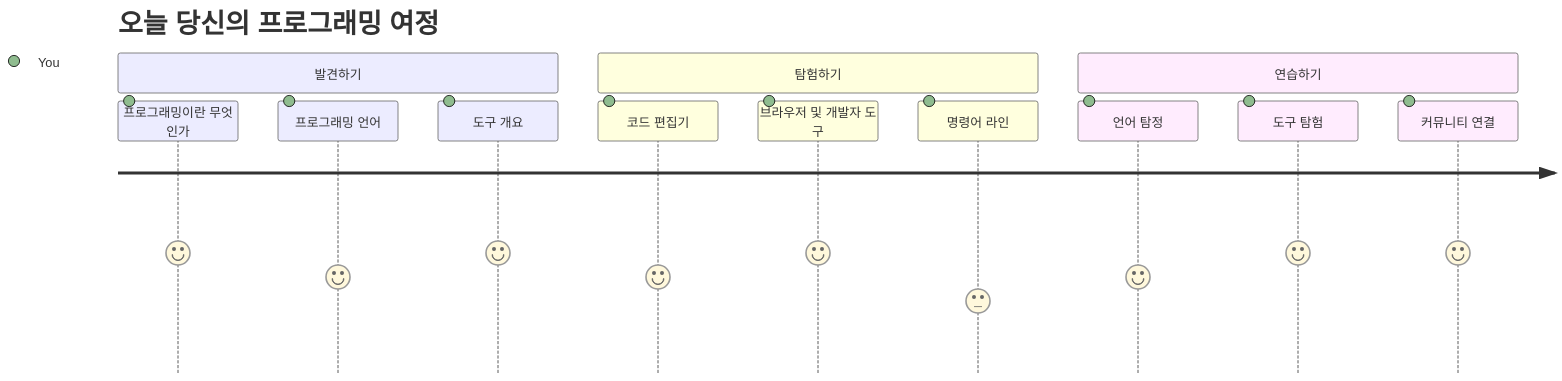
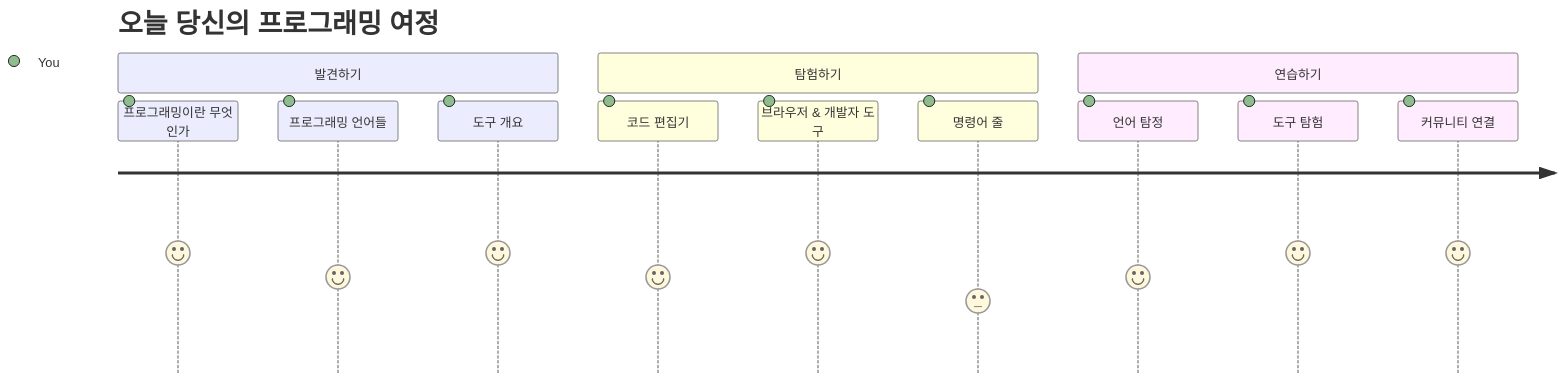
One commit to microsoft/Web-Dev-For-Beginners changed the first of 7 diagrams in translations/ko/1-getting-started-lessons/1-intro-to-programming-languages/README.md. Above: the diagram before and after it, drawn with Mermaid. The commit also changed other lines of this file and 11 other files, not shown here.

````diff
--- a/translations/ko/1-getting-started-lessons/1-intro-to-programming-languages/README.md
+++ b/translations/ko/1-getting-started-lessons/1-intro-to-programming-languages/README.md
@@ -14,16 +14,16 @@
 ```mermaid
 journey
     title 오늘 당신의 프로그래밍 여정
     section 발견하기
       프로그래밍이란 무엇인가: 5: You
-      프로그래밍 언어: 4: You
+      프로그래밍 언어들: 4: You
       도구 개요: 5: You
     section 탐험하기
       코드 편집기: 4: You
-      브라우저 및 개발자 도구: 5: You
-      명령어 라인: 3: You
+      브라우저 & 개발자 도구: 5: You
+      명령어 줄: 3: You
     section 연습하기
       언어 탐정: 4: You
       도구 탐험: 5: You
       커뮤니티 연결: 5: You
 ```
````
